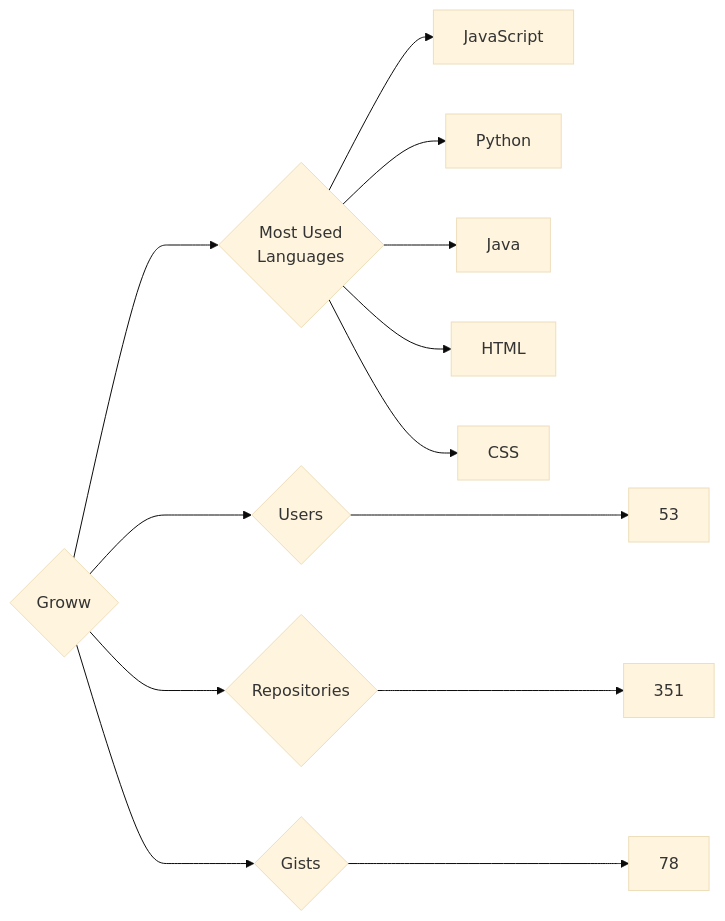
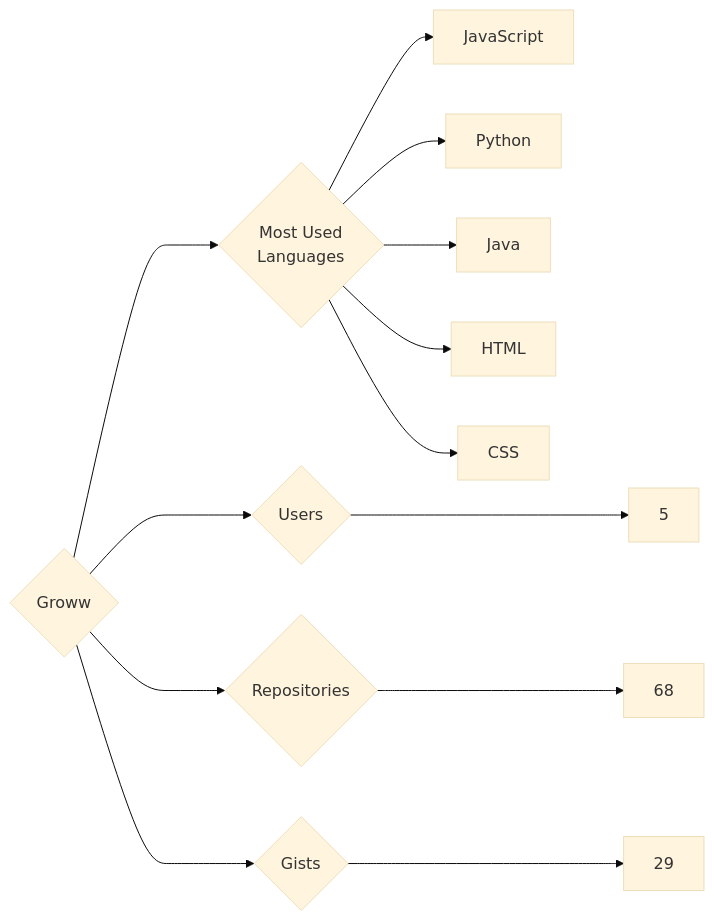
Before and after one commit to trickest/insiders: the diagram in targets/Groww/README.md, drawn with Mermaid (base theme). The commit also changed 984 other files, not shown here.

````diff
--- a/targets/Groww/README.md
+++ b/targets/Groww/README.md
@@ -3,13 +3,13 @@
 ```mermaid
 graph LR
 COMPANY_NAME{Groww}
-COMPANY_NAME ---> U{Users} ---> UN[53]
-COMPANY_NAME ---> R{Repositories} ---> RN[351]
-COMPANY_NAME ---> G{Gists} ---> GN[78]
+COMPANY_NAME ---> U{Users} ---> UN[5]
+COMPANY_NAME ---> R{Repositories} ---> RN[68]
+COMPANY_NAME ---> G{Gists} ---> GN[29]
 COMPANY_NAME ---> ML{Most Used<br>Languages}
 ML --> JavaScript[JavaScript]
 ML --> Python[Python]
 ML --> Java[Java]
 ML --> HTML[HTML]
 ML --> CSS[CSS]
 ```
````
